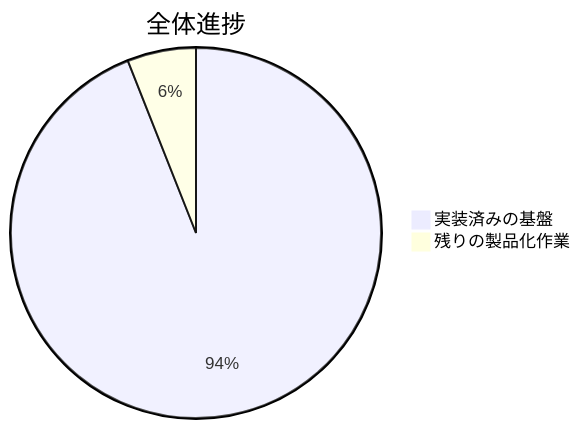
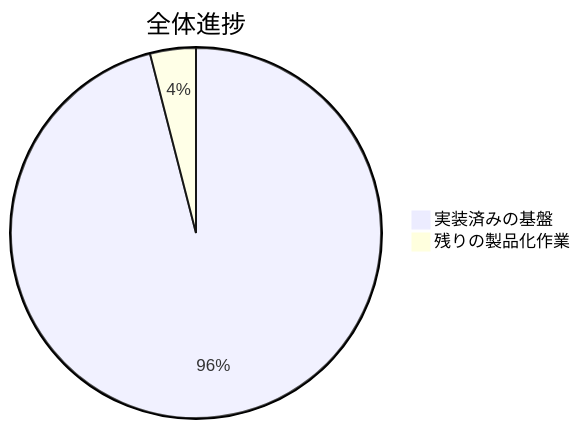
The first of 5 diagrams in README.ja.md (lingmulongtai/GlyphRay), drawn with Mermaid before and after one commit. The commit also changed other lines of this file and 12 other files, not shown here.

````diff
--- a/README.ja.md
+++ b/README.ja.md
@@ -15,5 +15,5 @@
 ```mermaid
 pie title 全体進捗
-  "実装済みの基盤" : 94
-  "残りの製品化作業" : 6
+  "実装済みの基盤" : 96
+  "残りの製品化作業" : 4
 ```
````
